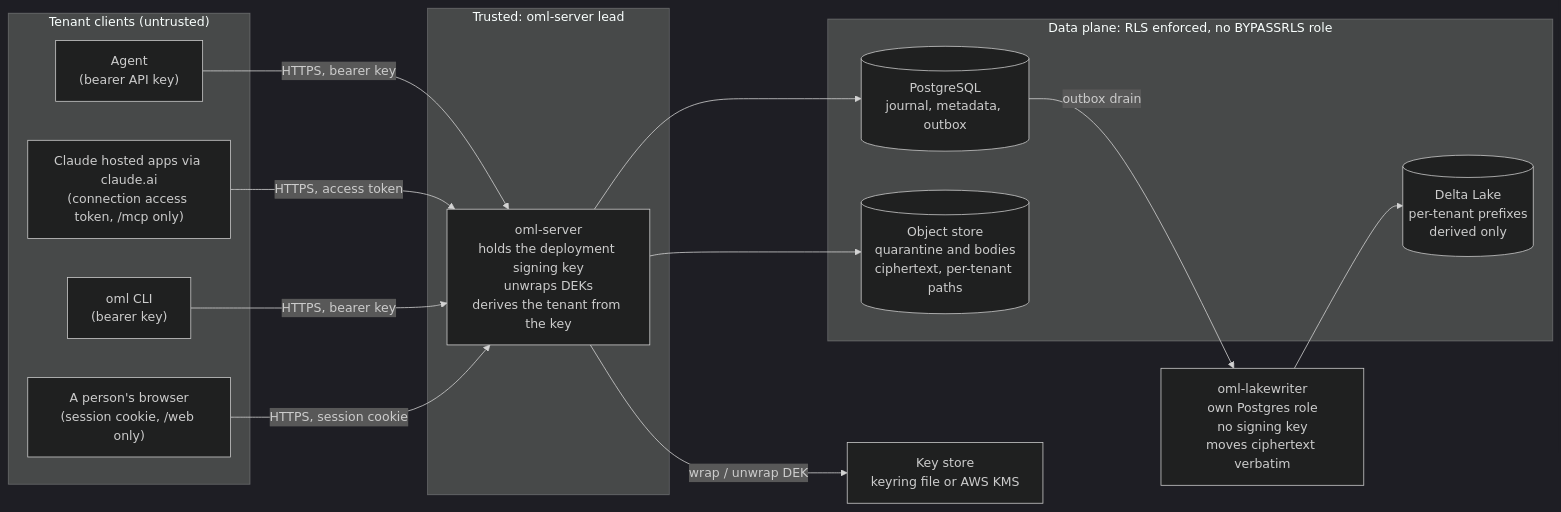
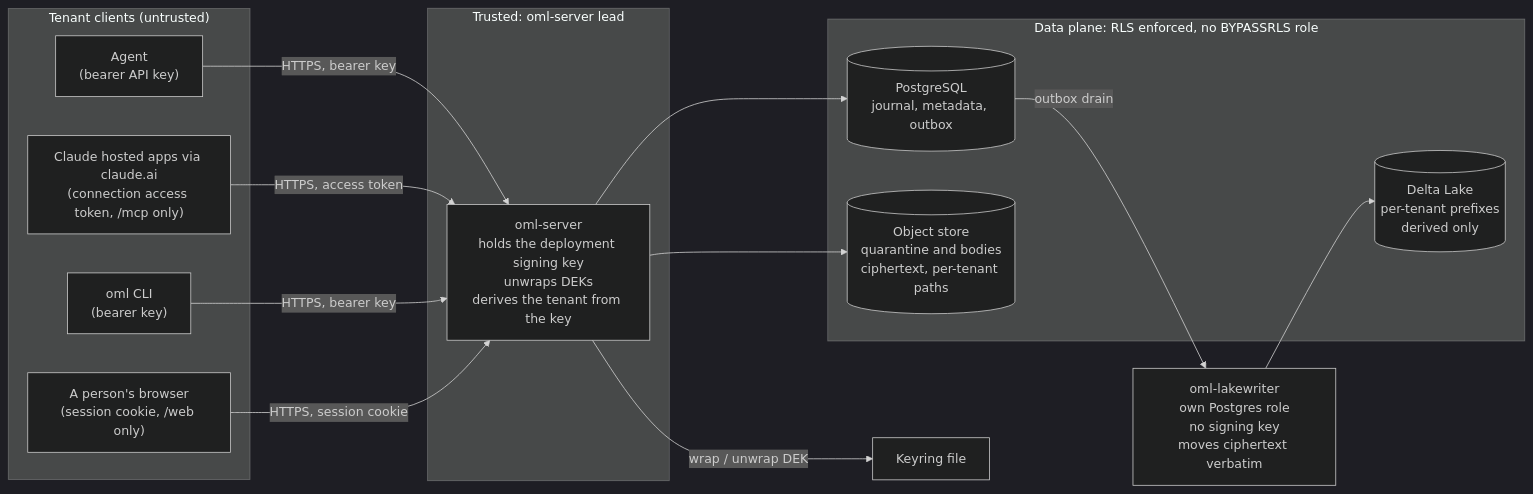
The diagram in docs/architecture/security.md (e8kor/open-memory-lab), drawn with Mermaid (dark theme) before and after one commit. The commit also changed other lines of this file and 54 other files, not shown here.

````diff
--- a/docs/architecture/security.md
+++ b/docs/architecture/security.md
@@ -127,32 +127,32 @@
 ```mermaid
 flowchart LR
   subgraph clients["Tenant clients (untrusted)"]
     A["Agent<br/>(bearer API key)"]
     H["Claude hosted apps via claude.ai<br/>(connection access token, /mcp only)"]
     CLI["oml CLI<br/>(bearer key)"]
     W["A person's browser<br/>(session cookie, /web only)"]
   end
 
   subgraph tcb["Trusted: oml-server lead"]
     S["oml-server<br/>holds the deployment signing key<br/>unwraps DEKs<br/>derives the tenant from the key"]
   end
 
   subgraph data["Data plane: RLS enforced, no BYPASSRLS role"]
     PG[("PostgreSQL<br/>journal, metadata, outbox")]
     OS[("Object store<br/>quarantine and bodies<br/>ciphertext, per-tenant paths")]
     DL[("Delta Lake<br/>per-tenant prefixes<br/>derived only")]
   end
 
   LW["oml-lakewriter<br/>own Postgres role<br/>no signing key<br/>moves ciphertext verbatim"]
-  KMS["Key store<br/>keyring file or AWS KMS"]
+  KMS["Keyring file"]
 
   A -- "HTTPS, bearer key" --> S
   H -- "HTTPS, access token" --> S
   CLI -- "HTTPS, bearer key" --> S
   W -- "HTTPS, session cookie" --> S
   S --> PG
   S --> OS
   S -- "wrap / unwrap DEK" --> KMS
   PG -- "outbox drain" --> LW
   LW --> DL
 ```
````
